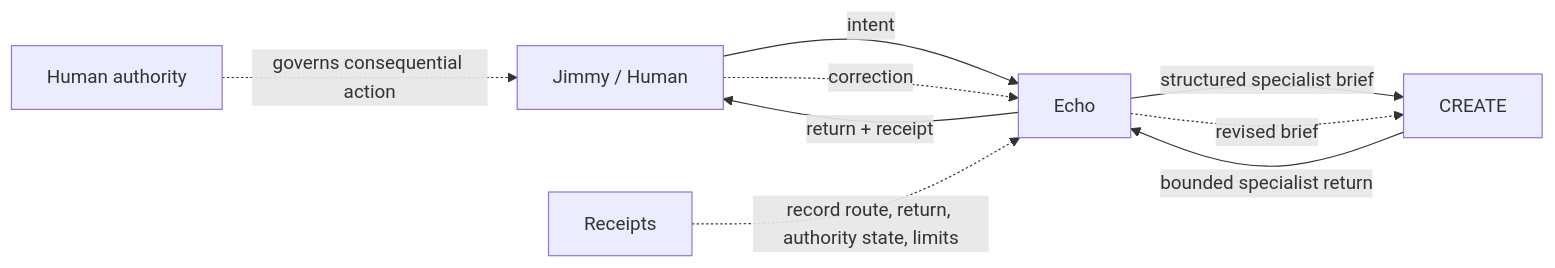
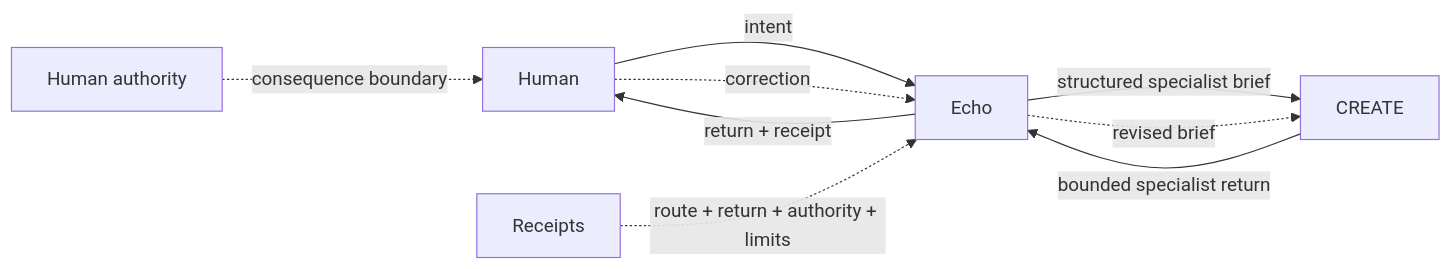
The diagram in docs/ARCHITECTURE.md (finious/genie-lite), drawn with Mermaid before and after one commit. The commit also changed other lines of this file, not shown here.

Commit message:
Refine architecture for judge-facing presentation

````diff
--- a/docs/ARCHITECTURE.md
+++ b/docs/ARCHITECTURE.md
@@ -5,13 +5,13 @@
 ```mermaid
 flowchart LR
-    H[Jimmy / Human] -->|intent| E[Echo]
+    H[Human] -->|intent| E[Echo]
     E -->|structured specialist brief| C[CREATE]
     C -->|bounded specialist return| E
     E -->|return + receipt| H
 
     H -. correction .-> E
     E -. revised brief .-> C
 
-    A[Human authority] -. governs consequential action .-> H
-    R[Receipts] -. record route, return, authority state, limits .-> E
+    A[Human authority] -. consequence boundary .-> H
+    R[Receipts] -. route + return + authority + limits .-> E
 ```
````
